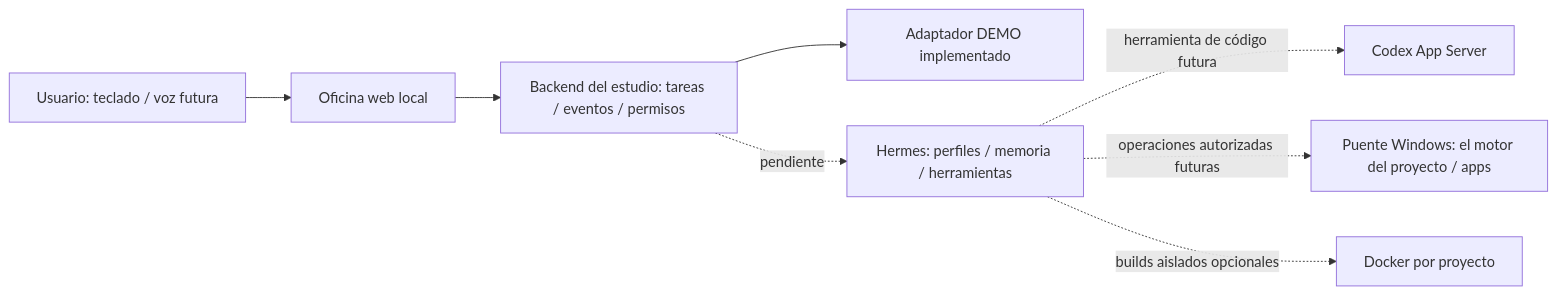
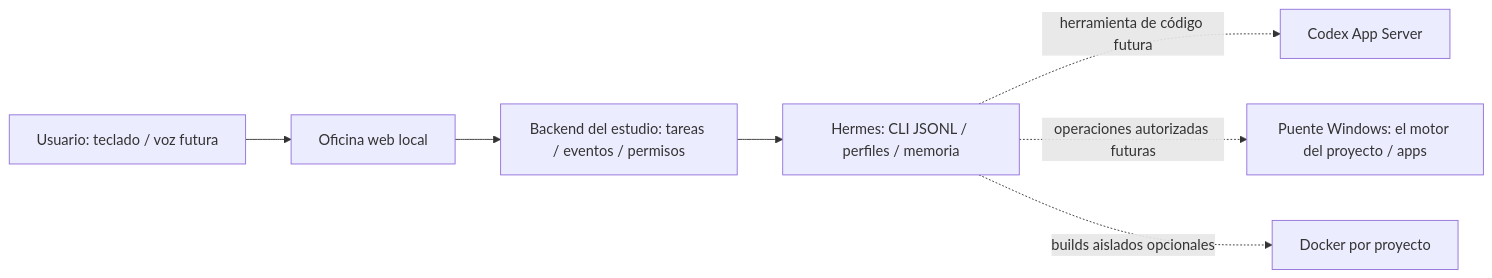
The diagram in docs/ARCHITECTURE.md (esteban-rj/hermes-game-studio), drawn with Mermaid before and after one commit. The commit also changed other lines of this file and 27 other files, not shown here.

````diff
--- a/docs/ARCHITECTURE.md
+++ b/docs/ARCHITECTURE.md
@@ -5,10 +5,9 @@
 ```mermaid
 flowchart LR
   U[Usuario: teclado / voz futura] --> UI[Oficina web local]
   UI --> API[Backend del estudio: tareas / eventos / permisos]
-  API --> DEMO[Adaptador DEMO implementado]
-  API -. pendiente .-> H[Hermes: perfiles / memoria / herramientas]
+  API --> H[Hermes: CLI JSONL / perfiles / memoria]
   H -. herramienta de código futura .-> C[Codex App Server]
   H -. operaciones autorizadas futuras .-> W[Puente Windows: el motor del proyecto / apps]
   H -. builds aislados opcionales .-> D[Docker por proyecto]
 ```
````
